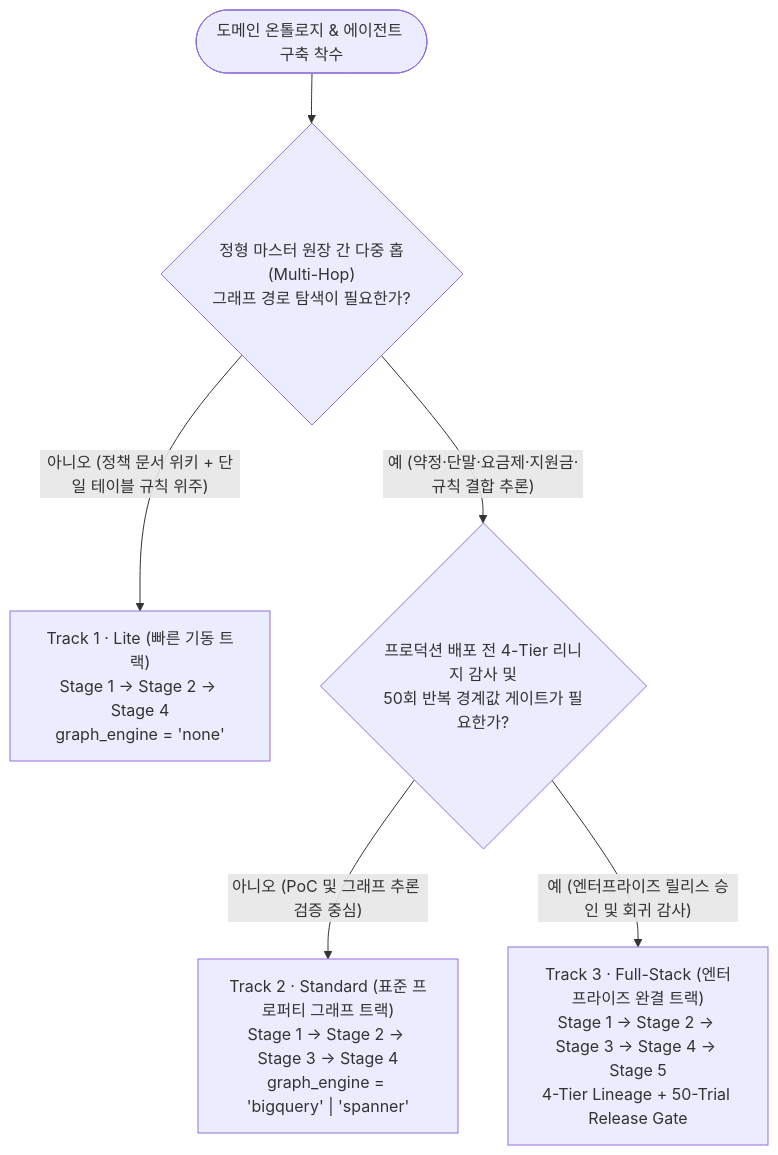
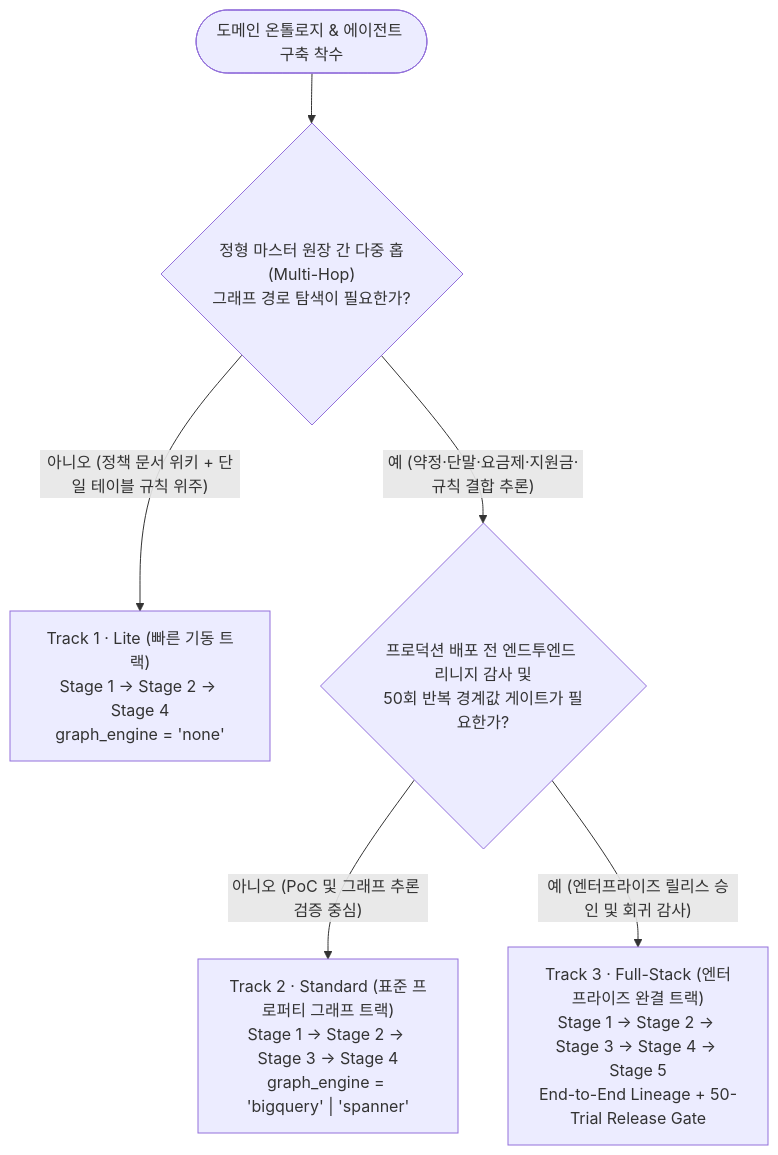
The second of 2 diagrams in notebooks/README.md (seanjungG/agentic-ontology-starter), drawn with Mermaid before and after one commit. The commit also changed other lines of this file and 48 other files, not shown here.

First line of the commit message:
feat(goal164): measured lineage spec (GCS/BQ/Spanner graph), workbench without fabricated data, methodology and notebook sync

````diff
--- a/notebooks/README.md
+++ b/notebooks/README.md
@@ -90,8 +90,8 @@
 ```mermaid
 flowchart TD
     START(["도메인 온톨로지 & 에이전트 구축 착수"]) --> Q1{"정형 마스터 원장 간 다중 홉(Multi-Hop)<br/>그래프 경로 탐색이 필요한가?"}
     Q1 -->|"아니오 (정책 문서 위키 + 단일 테이블 규칙 위주)"| T1["Track 1 · Lite (빠른 기동 트랙)<br/>Stage 1 → Stage 2 → Stage 4<br/>graph_engine = 'none'"]
-    Q1 -->|"예 (약정·단말·요금제·지원금·규칙 결합 추론)"| Q2{"프로덕션 배포 전 4-Tier 리니지 감사 및<br/>50회 반복 경계값 게이트가 필요한가?"}
+    Q1 -->|"예 (약정·단말·요금제·지원금·규칙 결합 추론)"| Q2{"프로덕션 배포 전 엔드투엔드 리니지 감사 및<br/>50회 반복 경계값 게이트가 필요한가?"}
     Q2 -->|"아니오 (PoC 및 그래프 추론 검증 중심)"| T2["Track 2 · Standard (표준 프로퍼티 그래프 트랙)<br/>Stage 1 → Stage 2 → Stage 3 → Stage 4<br/>graph_engine = 'bigquery' | 'spanner'"]
-    Q2 -->|"예 (엔터프라이즈 릴리스 승인 및 회귀 감사)"| T3["Track 3 · Full-Stack (엔터프라이즈 완결 트랙)<br/>Stage 1 → Stage 2 → Stage 3 → Stage 4 → Stage 5<br/>4-Tier Lineage + 50-Trial Release Gate"]
+    Q2 -->|"예 (엔터프라이즈 릴리스 승인 및 회귀 감사)"| T3["Track 3 · Full-Stack (엔터프라이즈 완결 트랙)<br/>Stage 1 → Stage 2 → Stage 3 → Stage 4 → Stage 5<br/>End-to-End Lineage + 50-Trial Release Gate"]
 ```
````
